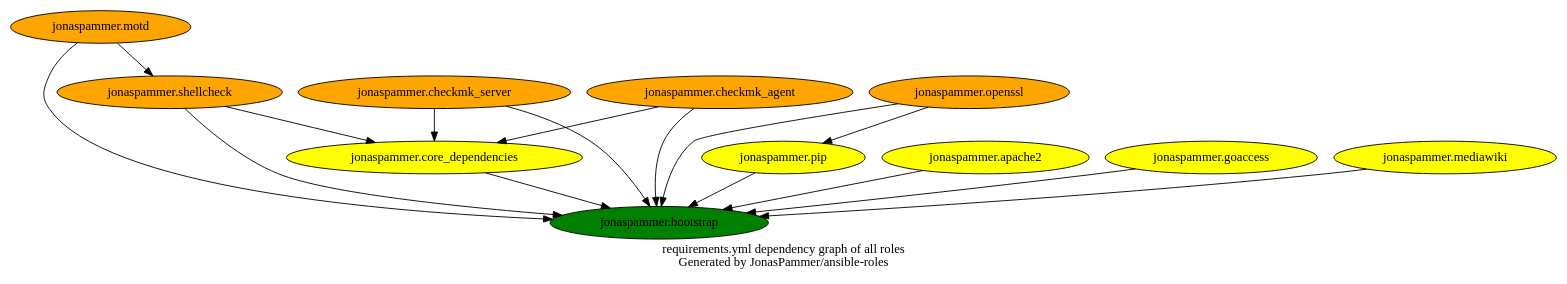
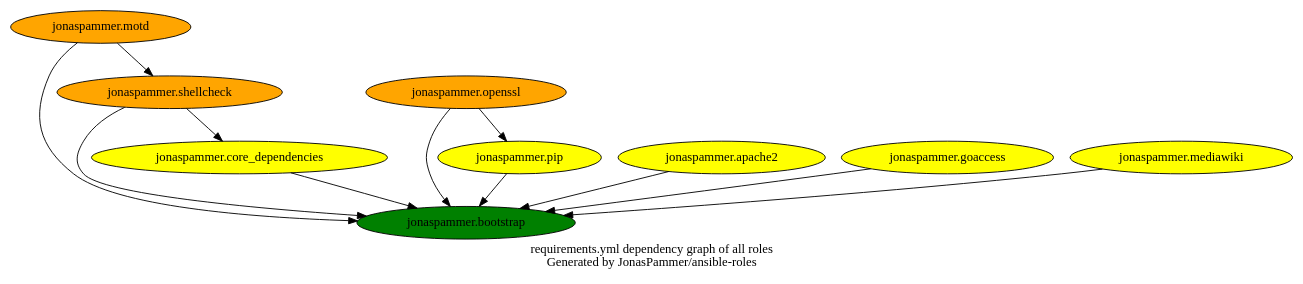
The diagram in graphs/dependencies_ALL.dot (JonasPammer/ansible-roles), drawn with Graphviz before and after one commit. The commit also changed 3 other files, not shown here.

```diff
--- a/graphs/dependencies_ALL.dot
+++ b/graphs/dependencies_ALL.dot
@@ -1,30 +1,26 @@
 // This file is generated from `templates/dependencies_ALL.adoc.jinja2` by Github CI, all local changes will be lost eventually.
 digraph hierarchy {
   label = "requirements.yml dependency graph of all roles \n Generated by JonasPammer/ansible-roles" ;
 
   {
     "jonaspammer.bootstrap" [fillcolor=green style=filled]
     "jonaspammer.core_dependencies" [fillcolor=yellow style=filled]
     "jonaspammer.pip" [fillcolor=yellow style=filled]
     "jonaspammer.shellcheck" [fillcolor=orange style=filled]
-    "jonaspammer.checkmk_server" [fillcolor=orange style=filled]
-    "jonaspammer.checkmk_agent" [fillcolor=orange style=filled]
     "jonaspammer.motd" [fillcolor=orange style=filled]
     "jonaspammer.apache2" [fillcolor=yellow style=filled]
     "jonaspammer.openssl" [fillcolor=orange style=filled]
     "jonaspammer.goaccess" [fillcolor=yellow style=filled]
     "jonaspammer.mediawiki" [fillcolor=yellow style=filled]
   }
 
 
   "jonaspammer.core_dependencies" -> {"jonaspammer.bootstrap"}
   "jonaspammer.pip" -> {"jonaspammer.bootstrap"}
   "jonaspammer.shellcheck" -> {"jonaspammer.bootstrap" "jonaspammer.core_dependencies"}
-  "jonaspammer.checkmk_server" -> {"jonaspammer.bootstrap" "jonaspammer.core_dependencies"}
-  "jonaspammer.checkmk_agent" -> {"jonaspammer.bootstrap" "jonaspammer.core_dependencies"}
   "jonaspammer.motd" -> {"jonaspammer.bootstrap" "jonaspammer.shellcheck"}
   "jonaspammer.apache2" -> {"jonaspammer.bootstrap"}
   "jonaspammer.openssl" -> {"jonaspammer.pip" "jonaspammer.bootstrap"}
   "jonaspammer.goaccess" -> {"jonaspammer.bootstrap"}
   "jonaspammer.mediawiki" -> {"jonaspammer.bootstrap"}
 }
```
